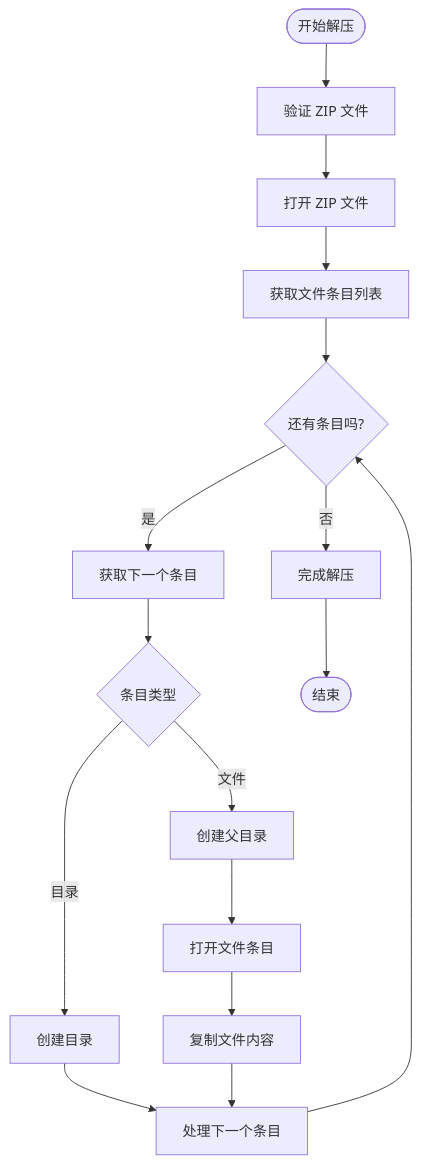
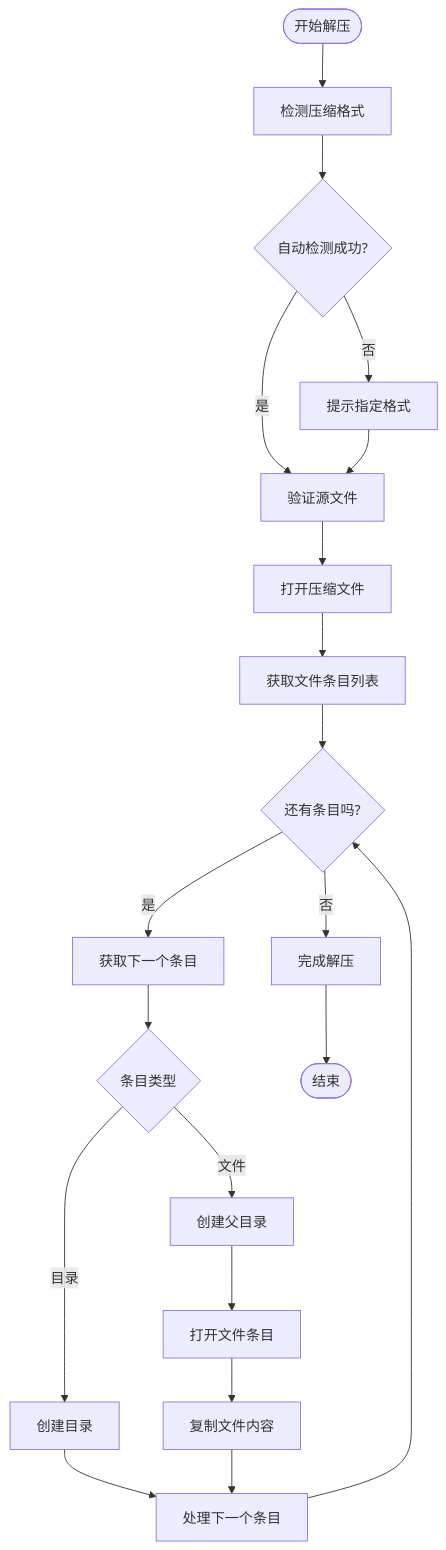
The fourth of 7 diagrams in .qoder/repowiki/zh/content/命令参考手册.md (zhangjiacai-hub/myArchive), drawn with Mermaid before and after one commit. The commit also changed other lines of this file and 6 other files, not shown here.

````diff
--- a/.qoder/repowiki/zh/content/命令参考手册.md
+++ b/.qoder/repowiki/zh/content/命令参考手册.md
@@ -276,18 +431,22 @@
 ```mermaid
 flowchart TD
-Start([开始解压]) --> Validate["验证 ZIP 文件"]
-Validate --> OpenFile["打开 ZIP 文件"]
-OpenFile --> GetEntries["获取文件条目列表"]
+Start([开始解压]) --> DetectFormat["检测压缩格式"]
+DetectFormat --> AutoDetect{"自动检测成功?"}
+AutoDetect --> |否| AskFormat["提示指定格式"]
+AutoDetect --> |是| ValidateSource["验证源文件"]
+AskFormat --> ValidateSource
+ValidateSource --> OpenArchive["打开压缩文件"]
+OpenArchive --> GetEntries["获取文件条目列表"]
 GetEntries --> LoopEntries{"还有条目吗?"}
 LoopEntries --> |是| GetEntry["获取下一个条目"]
 GetEntry --> CheckType{"条目类型"}
 CheckType --> |目录| CreateDir["创建目录"]
 CheckType --> |文件| CreateParent["创建父目录"]
 CreateDir --> NextEntry["处理下一个条目"]
 CreateParent --> OpenFileEntry["打开文件条目"]
 OpenFileEntry --> CopyContent["复制文件内容"]
 CopyContent --> NextEntry
 NextEntry --> LoopEntries
 LoopEntries --> |否| Finish["完成解压"]
 Finish --> End([结束])
 ```
````
